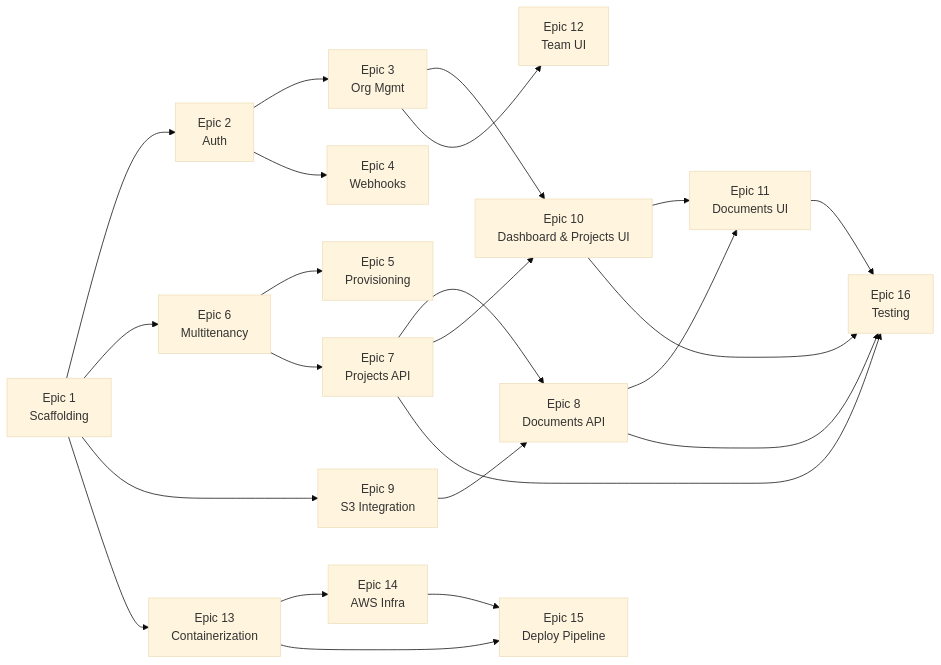
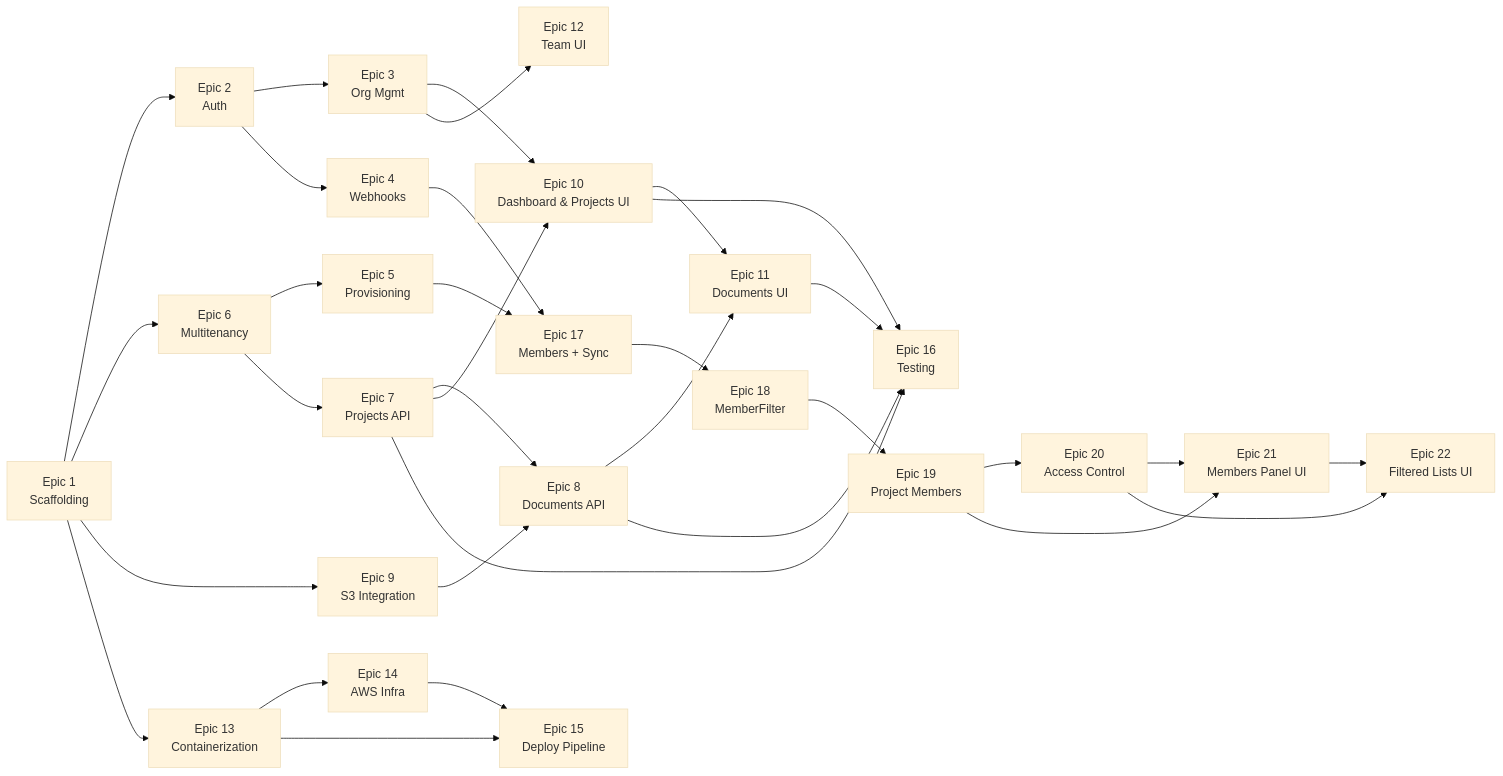
Before and after one commit to rakheen-dama/b2b-strawman: the diagram in TASKS.md, drawn with Mermaid (base theme). The commit also changed other lines of this file and 1 other file, not shown here.

````diff
--- a/TASKS.md
+++ b/TASKS.md
@@ -757,33 +1038,43 @@
 ```mermaid
 flowchart LR
     E1["Epic 1<br/>Scaffolding"] --> E2["Epic 2<br/>Auth"]
     E1 --> E6["Epic 6<br/>Multitenancy"]
     E1 --> E9["Epic 9<br/>S3 Integration"]
     E1 --> E13["Epic 13<br/>Containerization"]
 
     E2 --> E3["Epic 3<br/>Org Mgmt"]
     E2 --> E4["Epic 4<br/>Webhooks"]
 
     E6 --> E5["Epic 5<br/>Provisioning"]
     E6 --> E7["Epic 7<br/>Projects API"]
 
     E7 --> E8["Epic 8<br/>Documents API"]
     E9 --> E8
 
     E3 --> E10["Epic 10<br/>Dashboard & Projects UI"]
     E7 --> E10
 
     E10 --> E11["Epic 11<br/>Documents UI"]
     E8 --> E11
 
     E3 --> E12["Epic 12<br/>Team UI"]
 
     E13 --> E14["Epic 14<br/>AWS Infra"]
     E13 --> E15["Epic 15<br/>Deploy Pipeline"]
     E14 --> E15
 
     E7 --> E16["Epic 16<br/>Testing"]
     E8 --> E16
     E10 --> E16
     E11 --> E16
+
+    E4 --> E17["Epic 17<br/>Members + Sync"]
+    E5 --> E17
+    E17 --> E18["Epic 18<br/>MemberFilter"]
+    E18 --> E19["Epic 19<br/>Project Members"]
+    E19 --> E20["Epic 20<br/>Access Control"]
+    E19 --> E21["Epic 21<br/>Members Panel UI"]
+    E20 --> E21
+    E20 --> E22["Epic 22<br/>Filtered Lists UI"]
+    E21 --> E22
 ```
````
